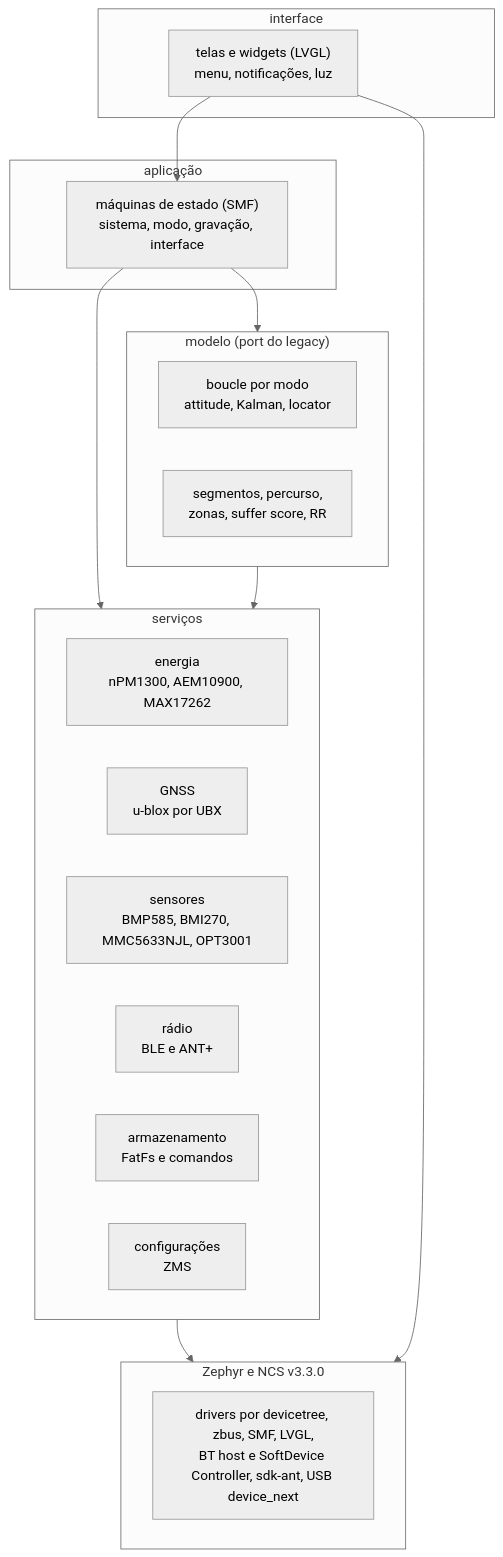
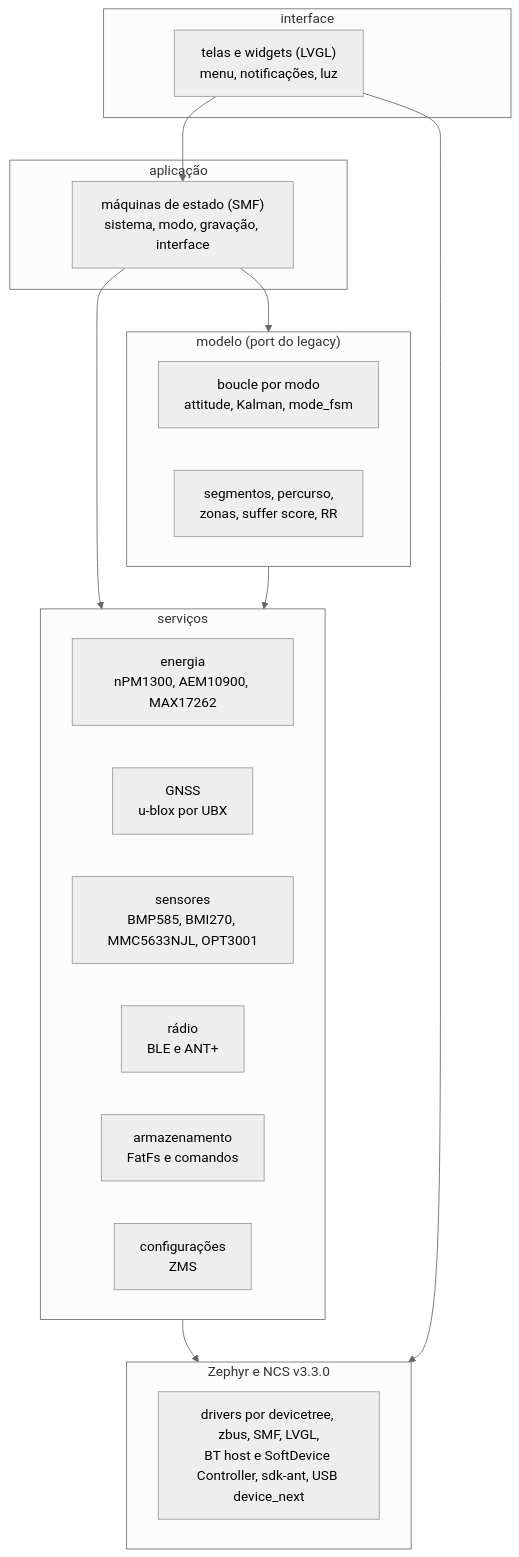
One commit to Guiimartinho/gnss-bike-computer changed the first of 13 diagrams in docs/16-arquitetura-firmware.md. Above: the diagram before and after it, drawn with Mermaid (neutral theme). The commit also changed other lines of this file and 24 other files, not shown here.

````diff
--- a/docs/16-arquitetura-firmware.md
+++ b/docs/16-arquitetura-firmware.md
@@ -42,30 +42,30 @@
 ```mermaid
 flowchart TB
     subgraph UI["interface"]
         SCR["telas e widgets (LVGL)<br/>menu, notificações, luz"]
     end
     subgraph APP["aplicação"]
         FSM["máquinas de estado (SMF)<br/>sistema, modo, gravação, interface"]
     end
     subgraph MODEL["modelo (port do legacy)"]
-        BOU["boucle por modo<br/>attitude, Kalman, locator"]
+        BOU["boucle por modo<br/>attitude, Kalman, mode_fsm"]
         SEG["segmentos, percurso,<br/>zonas, suffer score, RR"]
     end
     subgraph SVC["serviços"]
         PWR["energia<br/>nPM1300, AEM10900, MAX17262"]
         GNS["GNSS<br/>u-blox por UBX"]
         SNS["sensores<br/>BMP585, BMI270, MMC5633NJL, OPT3001"]
         RAD["rádio<br/>BLE e ANT+"]
         STO["armazenamento<br/>FatFs e comandos"]
         CFG["configurações<br/>ZMS"]
     end
     subgraph ZEP["Zephyr e NCS v3.3.0"]
         DRV["drivers por devicetree, zbus, SMF, LVGL,<br/>BT host e SoftDevice Controller, sdk-ant, USB device_next"]
     end
     SCR --> FSM
     FSM --> MODEL
     FSM --> SVC
     MODEL --> SVC
     SVC --> ZEP
     SCR --> ZEP
 ```
````
